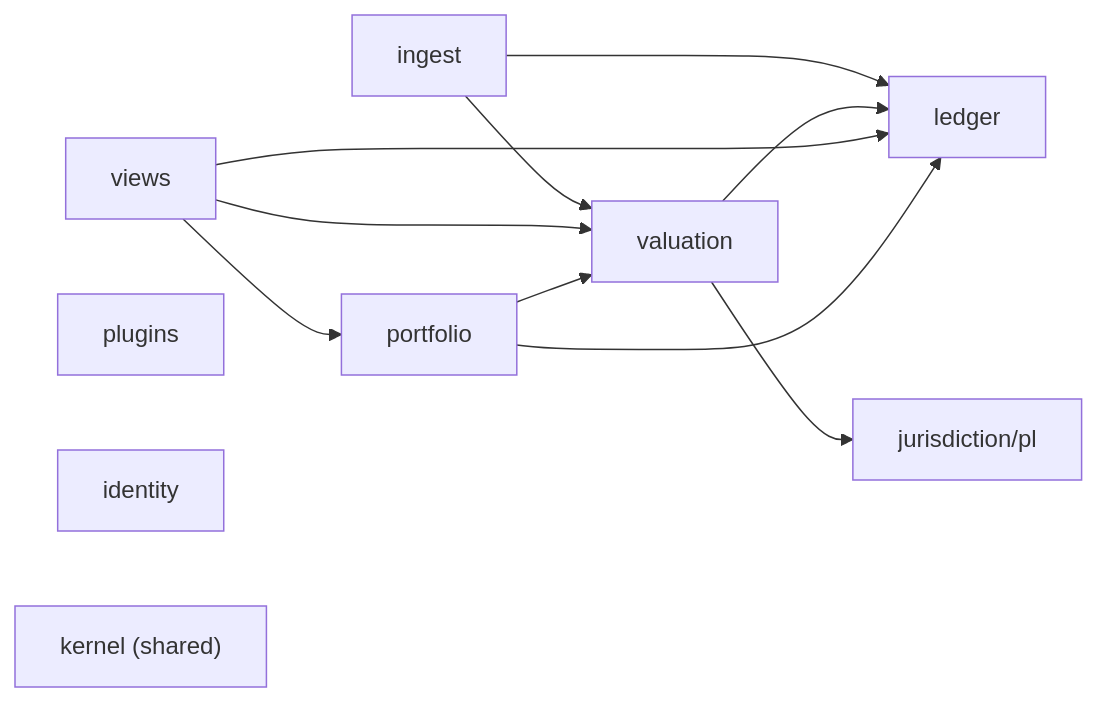
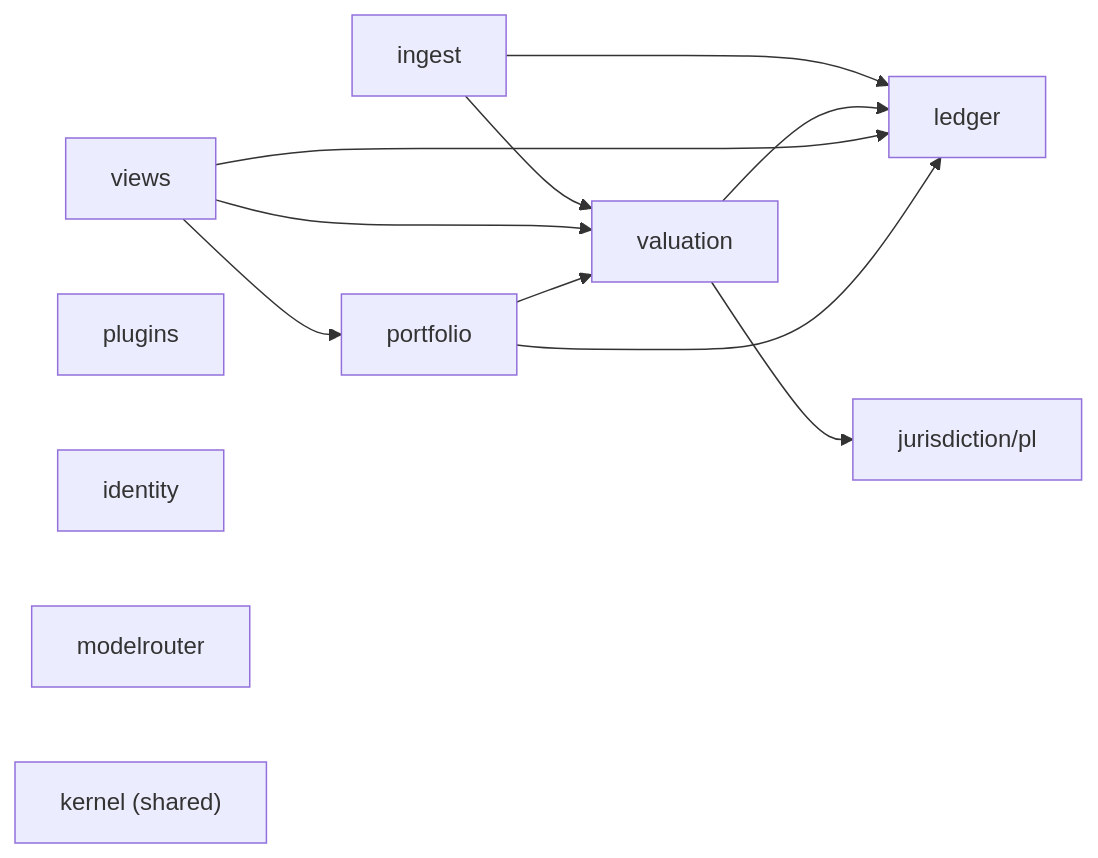
The seventh of 8 diagrams in docs/architecture.md (arkadiuss/openfief), drawn with Mermaid before and after one commit. The commit also changed other lines of this file and 335 other files, not shown here.

````diff
--- a/docs/architecture.md
+++ b/docs/architecture.md
@@ -198,15 +198,16 @@
 ```mermaid
 flowchart LR
   ingest --> ledger
   ingest --> valuation
   valuation --> ledger
   valuation --> pl["jurisdiction/pl"]
   views --> ledger
   views --> valuation
   views --> portfolio
   portfolio --> ledger
   portfolio --> valuation
   plugins
   identity
+  modelrouter
   kernel["kernel (shared)"]
 ```
````
